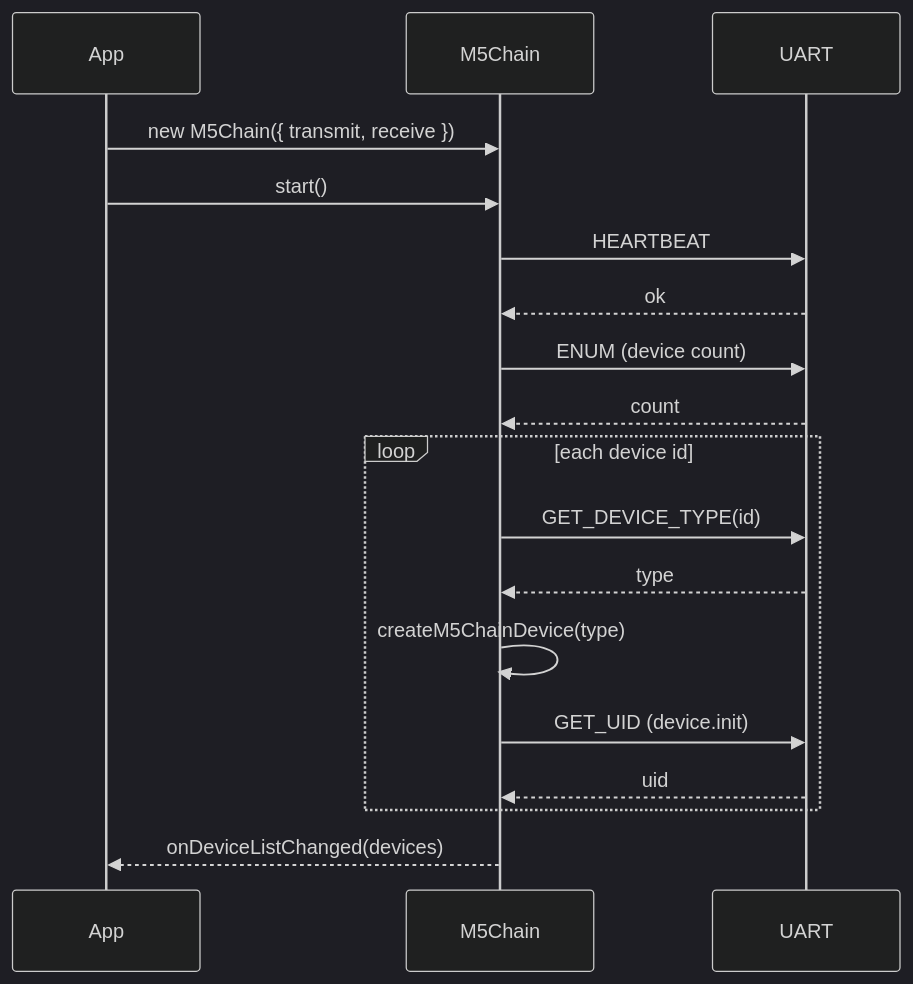
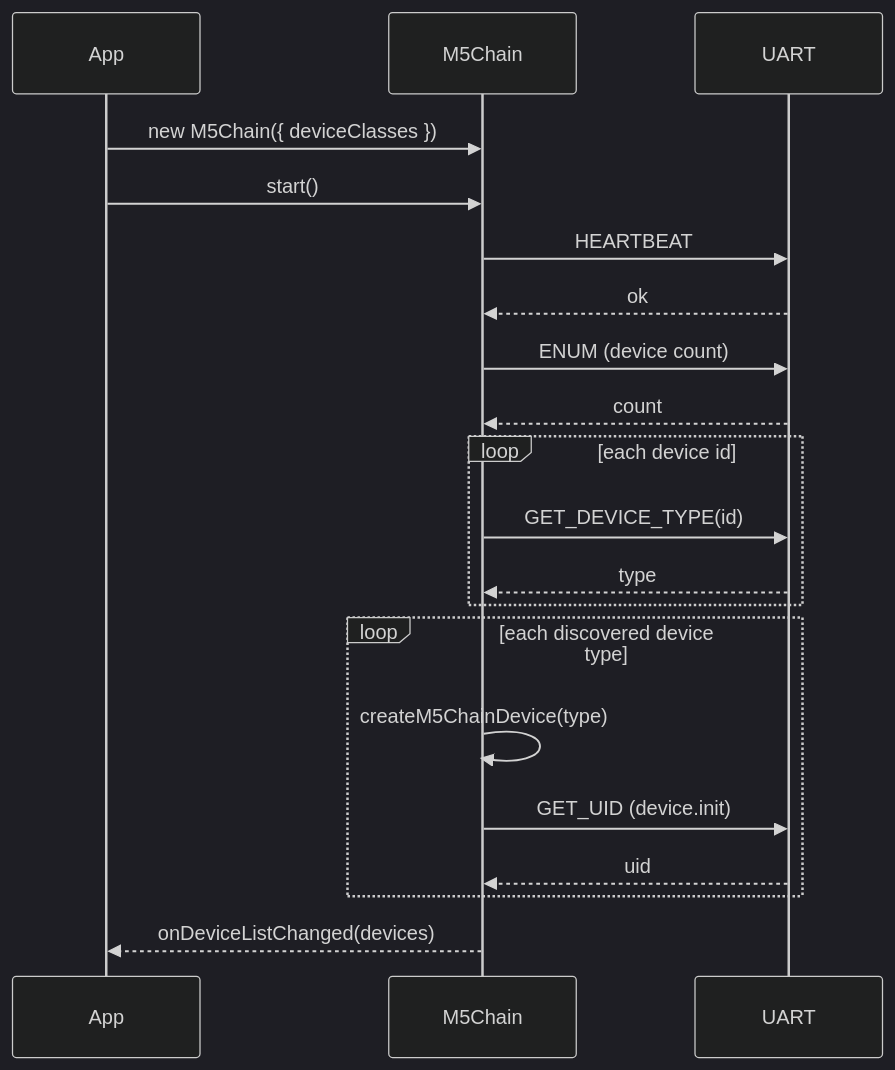
Before and after one commit to stc1988/moddable-m5chain: the first of 3 diagrams in AGENTS.md, drawn with Mermaid (dark theme). The commit also changed other lines of this file and 3 other files, not shown here.

Commit message:
docs: align usage examples and architecture with implementation

````diff
--- a/AGENTS.md
+++ b/AGENTS.md
@@ -147,20 +161,22 @@
 ```mermaid
 sequenceDiagram
   participant App
   participant M5Chain
   participant UART
-  App->>M5Chain: new M5Chain({ transmit, receive })
+  App->>M5Chain: new M5Chain({ deviceClasses })
   App->>M5Chain: start()
   M5Chain->>UART: HEARTBEAT
   UART-->>M5Chain: ok
   M5Chain->>UART: ENUM (device count)
   UART-->>M5Chain: count
   loop each device id
     M5Chain->>UART: GET_DEVICE_TYPE(id)
     UART-->>M5Chain: type
+  end
+  loop each discovered device type
     M5Chain->>M5Chain: createM5ChainDevice(type)
     M5Chain->>UART: GET_UID (device.init)
     UART-->>M5Chain: uid
   end
   M5Chain-->>App: onDeviceListChanged(devices)
 ```
````
